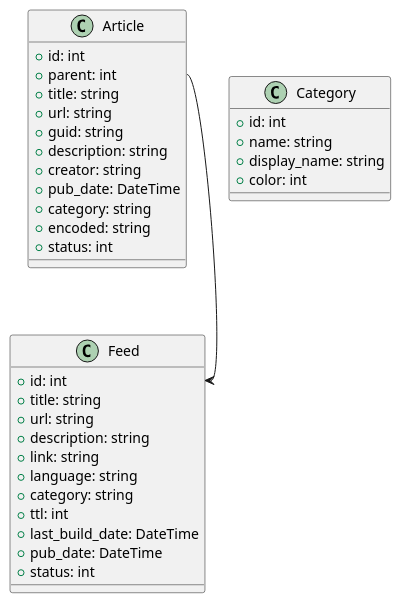
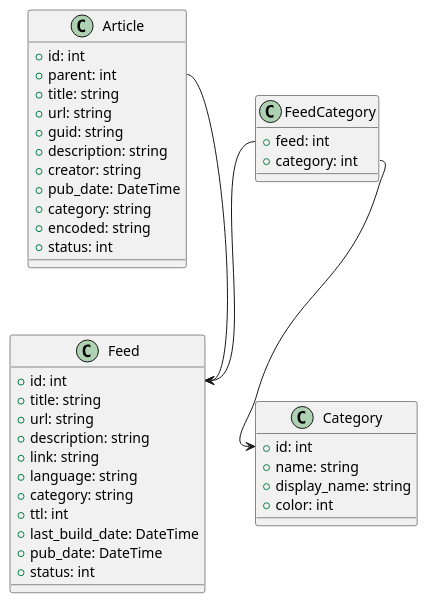
The diagram in rss_feed_reader/lib/database/dbmodel.puml (Rokke/NewsApplication), drawn with PlantUML before and after one commit. The commit also changed 69 other files, not shown here.

```diff
--- a/rss_feed_reader/lib/database/dbmodel.puml
+++ b/rss_feed_reader/lib/database/dbmodel.puml
@@ -1,35 +1,41 @@
 @startuml DBModel
 class Article{
 	+id: int
 	+parent: int
 	+title: string
 	+url: string
 	+guid: string
 	+description: string
 	+creator: string
 	+pub_date: DateTime
 	+category: string
 	+encoded: string
 	+status: int
 }
 class Feed{
 	+id: int
 	+title: string
 	+url: string
 	+description: string
 	+link: string
 	+language: string
 	+category: string
 	+ttl: int
 	+last_build_date: DateTime
 	+pub_date: DateTime
 	+status: int
 }
 Article::parent --> Feed::id
 class Category{
 	+id: int
 	+name: string
 	+display_name: string
 	+color: int
 }
+class FeedCategory{
+	+feed: int
+	+category: int
+}
+FeedCategory::feed --> Feed::id
+FeedCategory::category --> Category::id
 @enduml
```
